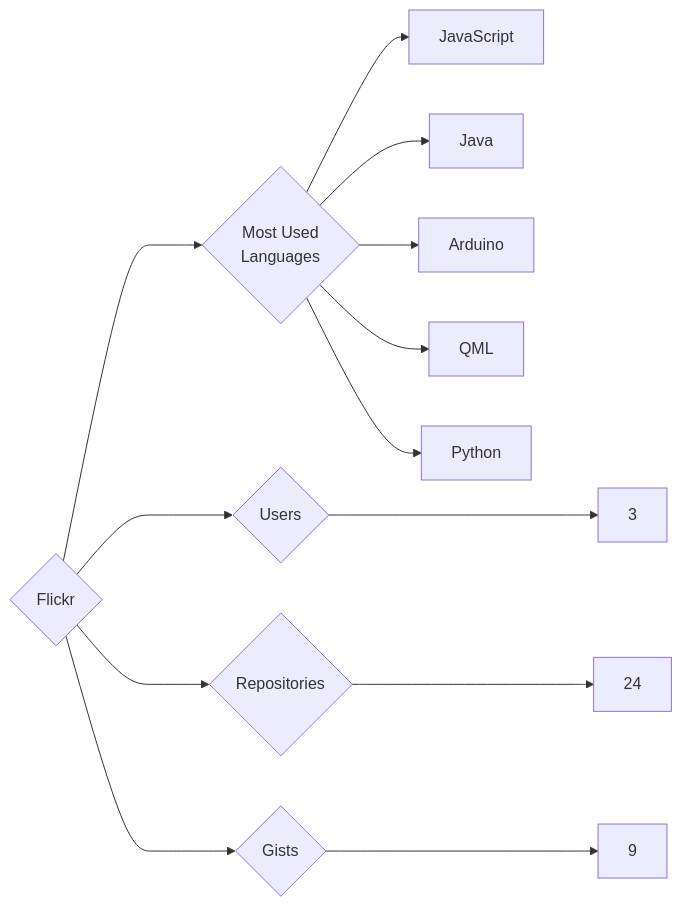
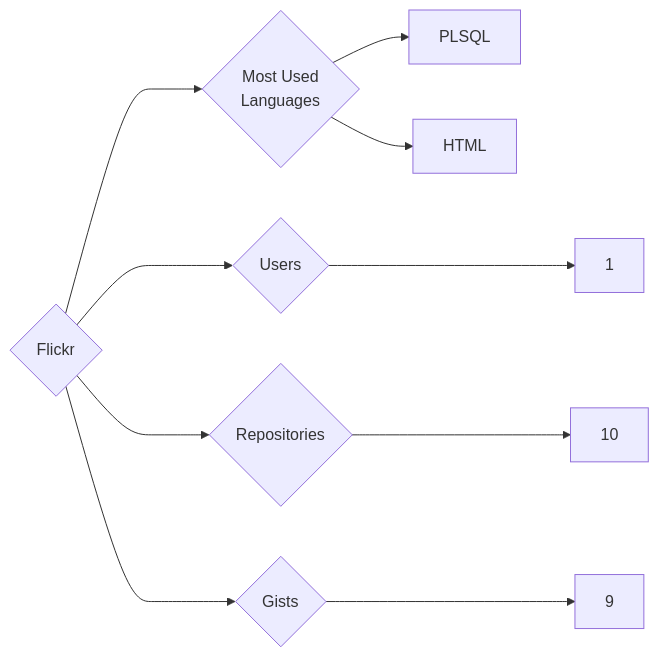
One commit to trickest/insiders changed the diagram in targets/Flickr/README.md. Above: the diagram before and after it, drawn with Mermaid. The commit also changed 1089 other files, not shown here.

````diff
--- a/targets/Flickr/README.md
+++ b/targets/Flickr/README.md
@@ -3,13 +3,10 @@
 ```mermaid
 graph LR
 COMPANY_NAME{Flickr}
-COMPANY_NAME ---> U{Users} ---> UN[3]
-COMPANY_NAME ---> R{Repositories} ---> RN[24]
+COMPANY_NAME ---> U{Users} ---> UN[1]
+COMPANY_NAME ---> R{Repositories} ---> RN[10]
 COMPANY_NAME ---> G{Gists} ---> GN[9]
 COMPANY_NAME ---> ML{Most Used<br>Languages}
-ML --> JavaScript[JavaScript]
-ML --> Java[Java]
-ML --> Arduino[Arduino]
-ML --> QML[QML]
-ML --> Python[Python]
+ML --> PLSQL[PLSQL]
+ML --> HTML[HTML]
 ```
````
